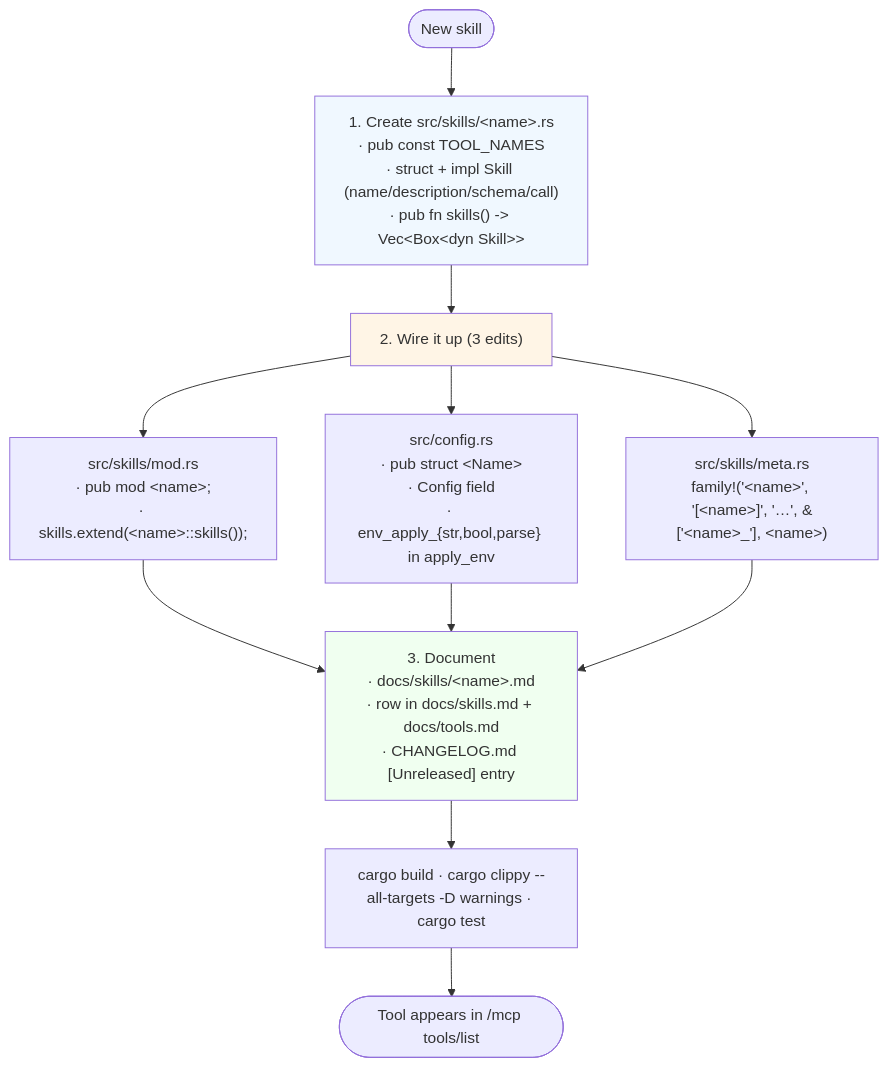
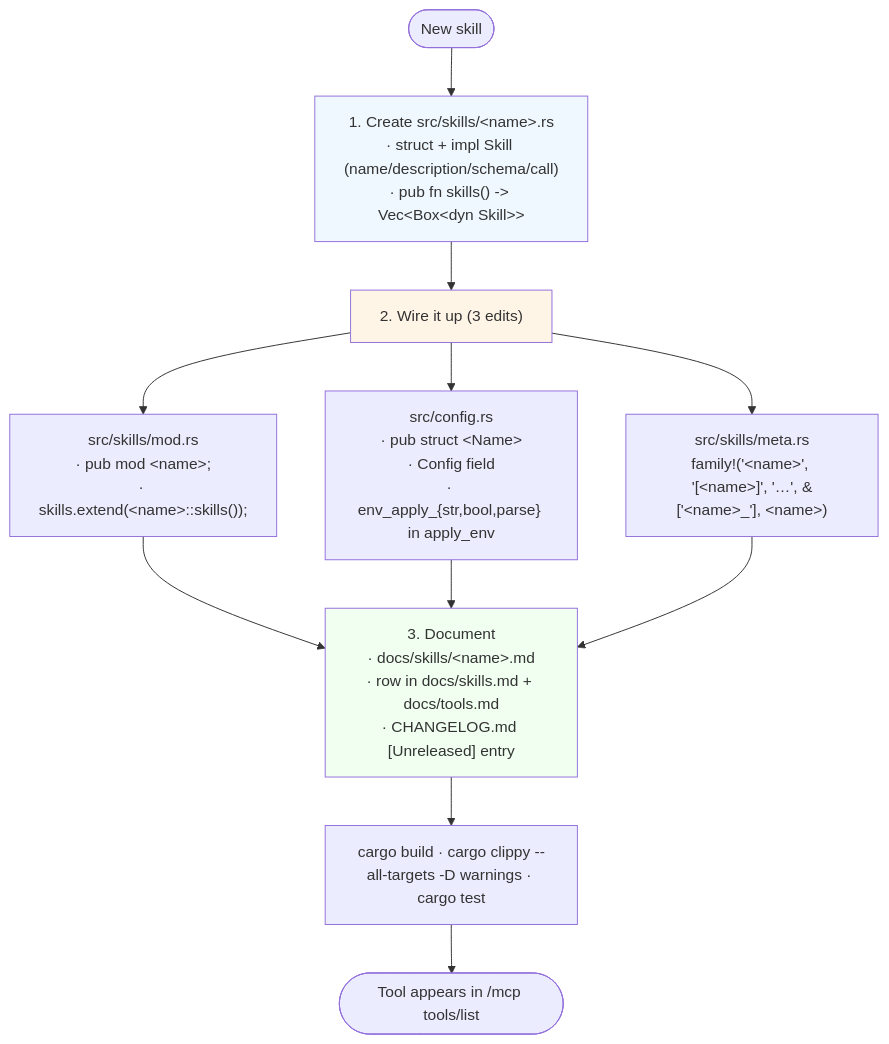
The fourth of 5 diagrams in CONTRIBUTING.md (elyerinfox/lodestone-mcp), drawn with Mermaid before and after one commit. The commit also changed other lines of this file and 65 other files, not shown here.

````diff
--- a/CONTRIBUTING.md
+++ b/CONTRIBUTING.md
@@ -607,20 +607,20 @@
 ```mermaid
 flowchart TD
   start([New skill]) --> mod
-  mod["1. Create src/skills/&lt;name&gt;.rs<br/>· pub const TOOL_NAMES<br/>· struct + impl Skill (name/description/schema/call)<br/>· pub fn skills() -&gt; Vec&lt;Box&lt;dyn Skill&gt;&gt;"]
+  mod["1. Create src/skills/&lt;name&gt;.rs<br/>· struct + impl Skill (name/description/schema/call)<br/>· pub fn skills() -&gt; Vec&lt;Box&lt;dyn Skill&gt;&gt;"]
   mod --> wire
   wire["2. Wire it up (3 edits)"]
   wire --> wire_mod["src/skills/mod.rs<br/>· pub mod &lt;name&gt;;<br/>· skills.extend(&lt;name&gt;::skills());"]
   wire --> wire_cfg["src/config.rs<br/>· pub struct &lt;Name&gt;<br/>· Config field<br/>· env_apply_{str,bool,parse} in apply_env"]
   wire --> wire_meta["src/skills/meta.rs<br/>family!('&lt;name&gt;', '[&lt;name&gt;]', '…', &amp;['&lt;name&gt;_'], &lt;name&gt;)"]
   wire_mod --> docs
   wire_cfg --> docs
   wire_meta --> docs
   docs["3. Document<br/>· docs/skills/&lt;name&gt;.md<br/>· row in docs/skills.md + docs/tools.md<br/>· CHANGELOG.md [Unreleased] entry"]
   docs --> verify["cargo build · cargo clippy --all-targets -D warnings · cargo test"]
   verify --> done(["Tool appears in /mcp tools/list"])
 
   style mod fill:#f0f8ff
   style wire fill:#fff5e6
   style docs fill:#f0fff0
 ```
````
